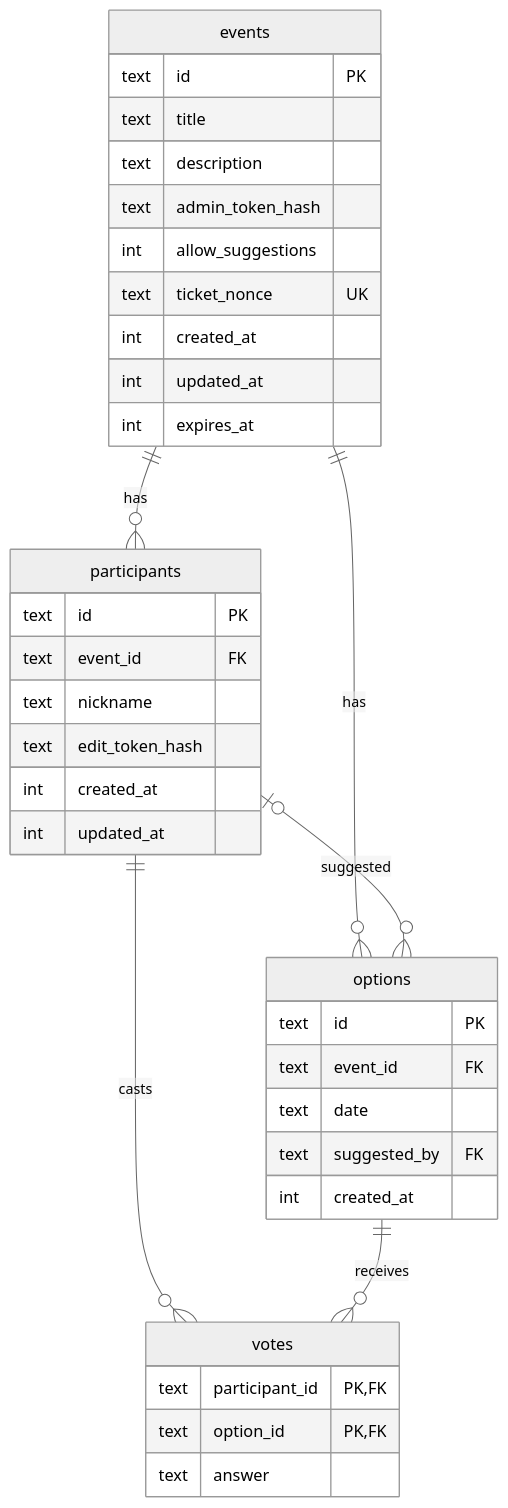
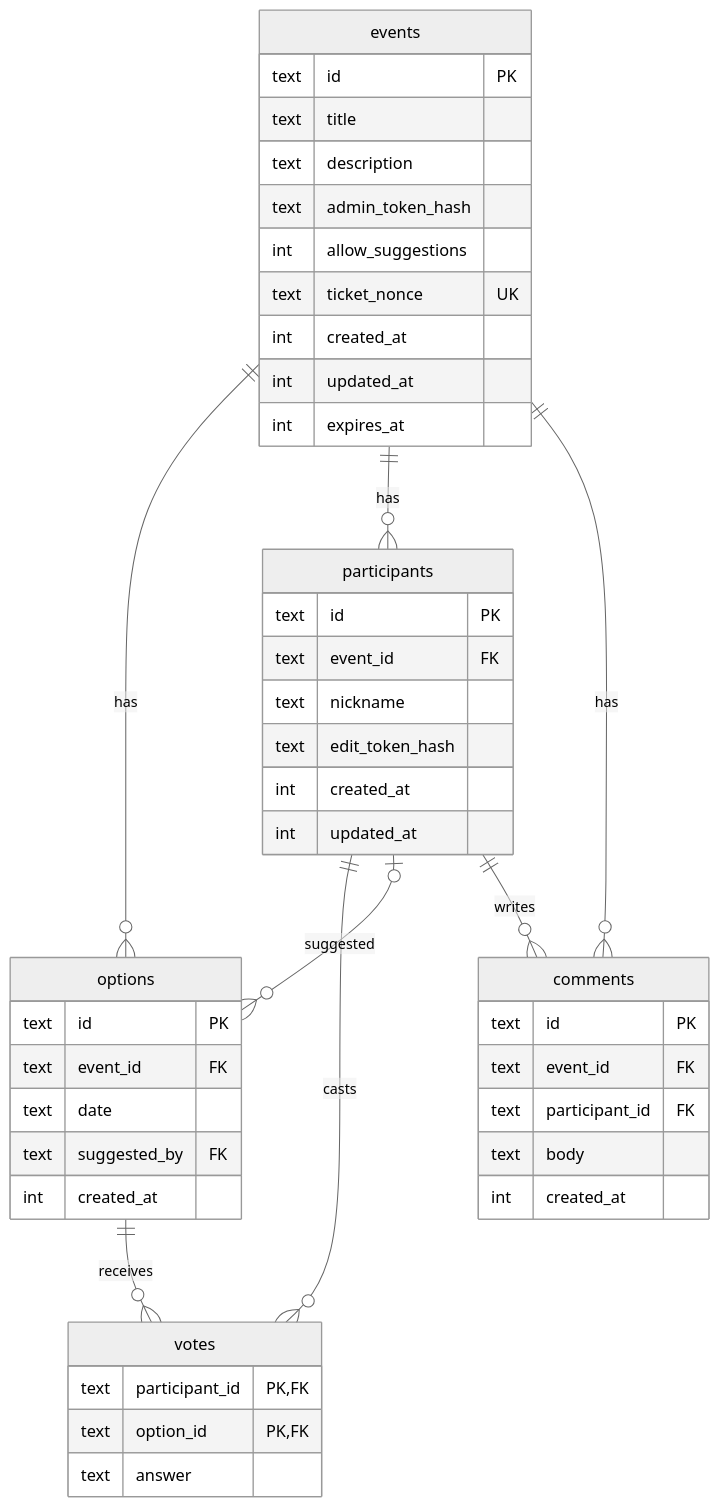
Before and after one commit to suomiton/pikadai: the diagram in docs/database.md, drawn with Mermaid (neutral theme). The commit also changed other lines of this file and 6 other files, not shown here.

````diff
--- a/docs/database.md
+++ b/docs/database.md
@@ -12,40 +12,49 @@
 ```mermaid
 erDiagram
     events ||--o{ options : "has"
     events ||--o{ participants : "has"
     participants ||--o{ votes : "casts"
     options ||--o{ votes : "receives"
     participants |o--o{ options : "suggested"
+    events ||--o{ comments : "has"
+    participants ||--o{ comments : "writes"
 
     events {
         text id PK
         text title
         text description
         text admin_token_hash
         int  allow_suggestions
         text ticket_nonce UK
         int  created_at
         int  updated_at
         int  expires_at
     }
     options {
         text id PK
         text event_id FK
         text date
         text suggested_by FK
         int  created_at
     }
     participants {
         text id PK
         text event_id FK
         text nickname
         text edit_token_hash
         int  created_at
         int  updated_at
     }
     votes {
         text participant_id PK,FK
         text option_id PK,FK
         text answer
     }
+    comments {
+        text id PK
+        text event_id FK
+        text participant_id FK
+        text body
+        int  created_at
+    }
 ```
````
